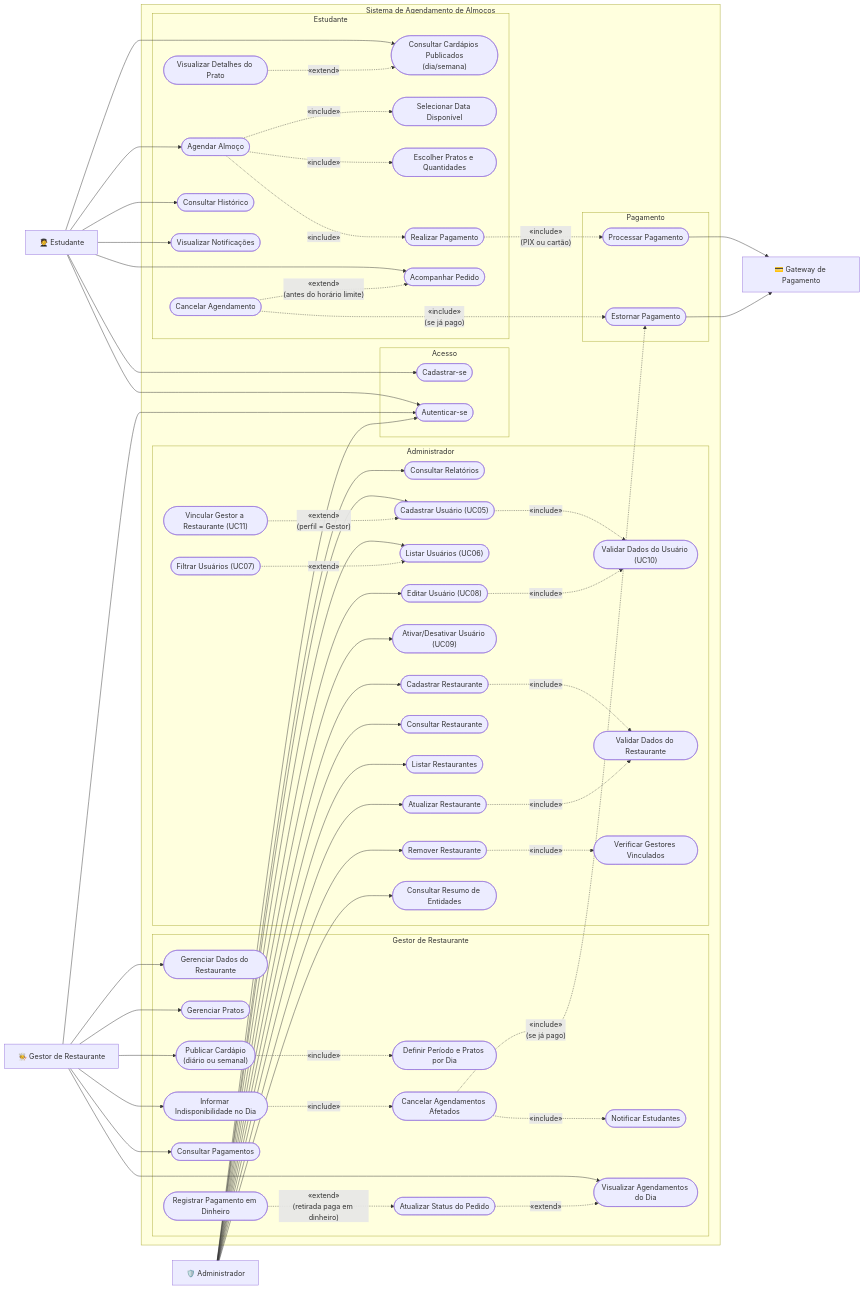
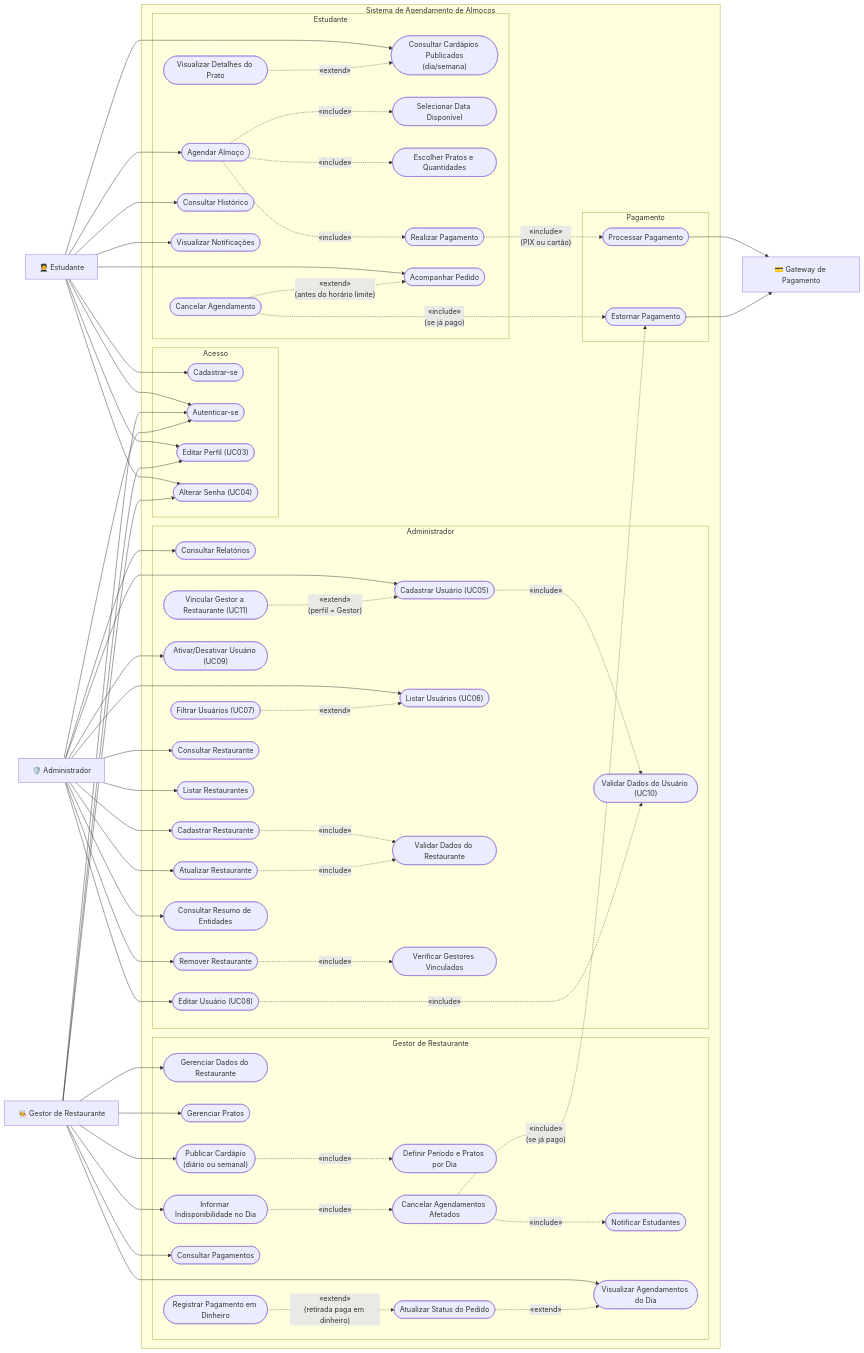
One commit to henriquesantos007/Sistema-de-Agendamento-de-Almoco changed the third of 3 diagrams in docs/04-casos-de-uso/README.md. Above: the diagram before and after it, drawn with Mermaid.

Commit message:
docs(casos-de-uso): incluir todos os casos no diagrama geral

```diff
--- a/docs/04-casos-de-uso/README.md
+++ b/docs/04-casos-de-uso/README.md
@@ -142,6 +142,8 @@
         subgraph acesso["Acesso"]
             UC_Cadastro(["Cadastrar-se"])
             UC_Login(["Autenticar-se"])
+            UC_EditarPerfil(["Editar Perfil (UC03)"])
+            UC_AlterarSenha(["Alterar Senha (UC04)"])
         end
 
         subgraph estudanteUC["Estudante"]
@@ -199,6 +201,8 @@
     %% Estudante
     estudante --> UC_Cadastro
     estudante --> UC_Login
+    estudante --> UC_EditarPerfil
+    estudante --> UC_AlterarSenha
     estudante --> UC_ConsultarCardapio
     estudante --> UC_Agendar
     estudante --> UC_Acompanhar
@@ -213,6 +217,8 @@
 
     %% Gestor de Restaurante
     gestor --> UC_Login
+    gestor --> UC_EditarPerfil
+    gestor --> UC_AlterarSenha
     gestor --> UC_DadosRest
     gestor --> UC_Pratos
     gestor --> UC_Publicar
```
